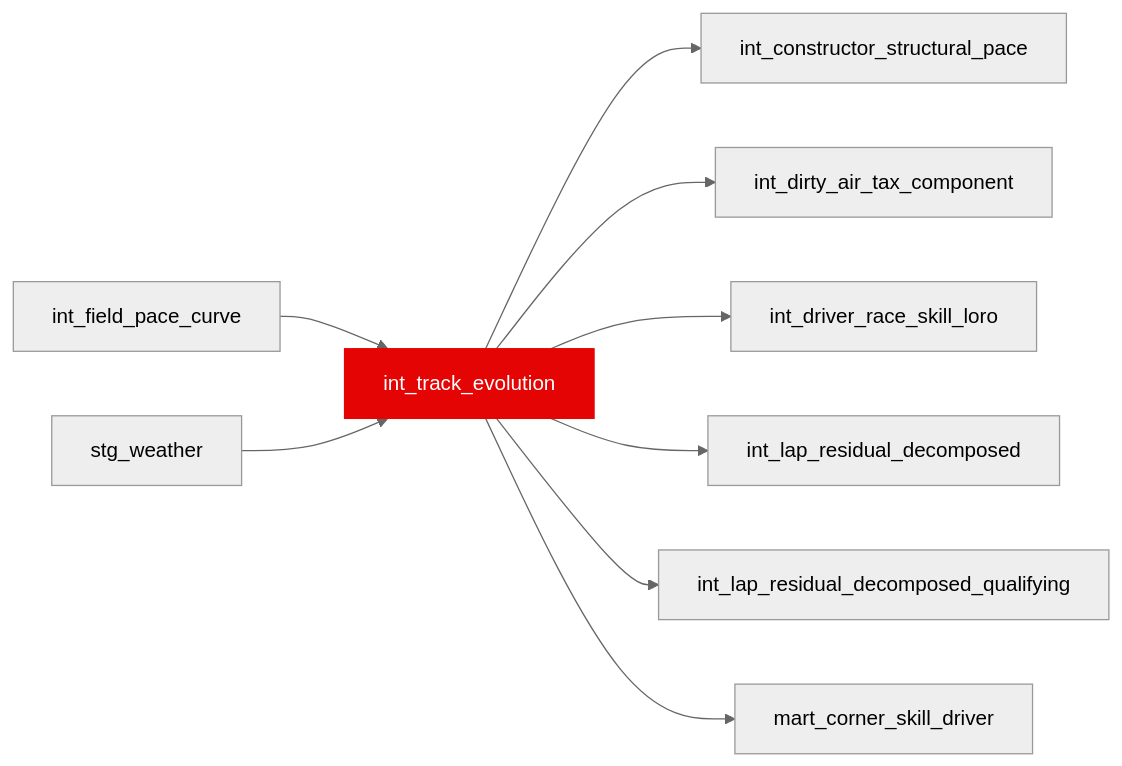
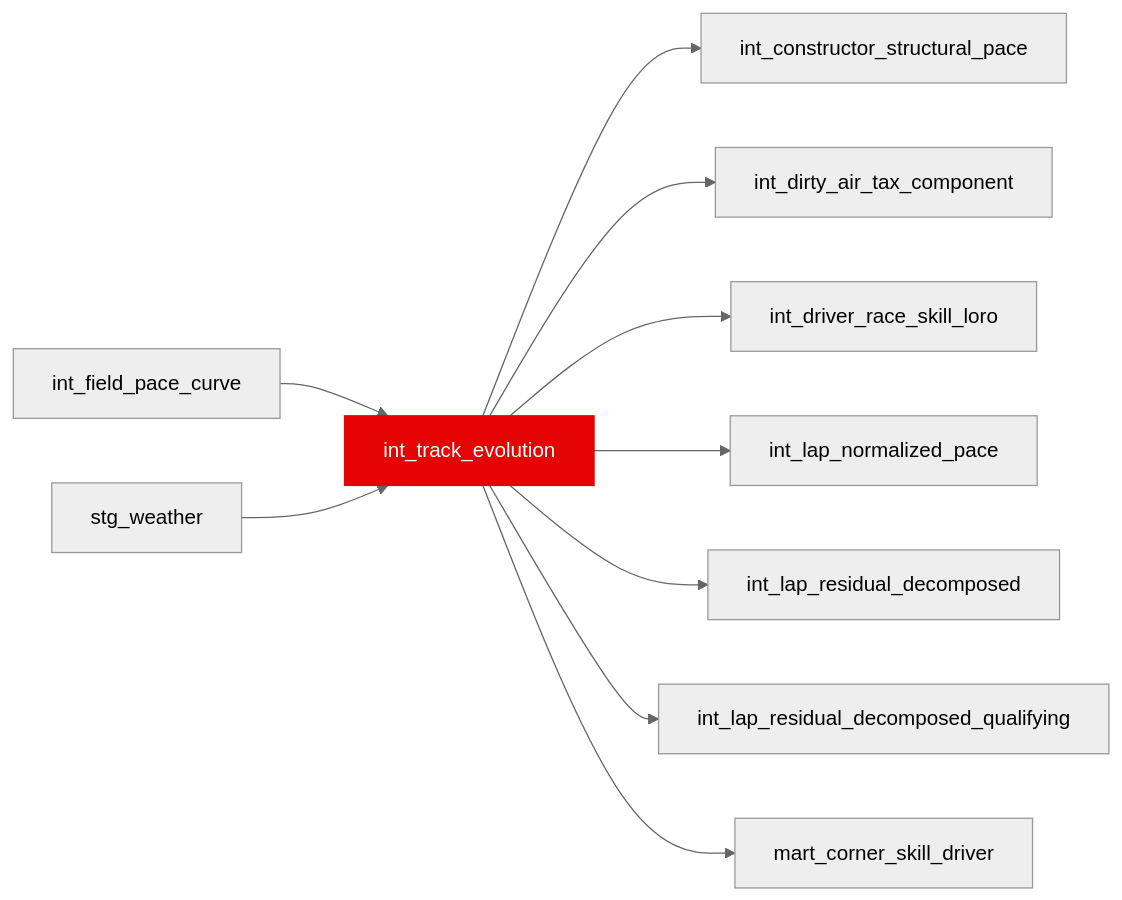
One commit to JustinClarke/off-the-pace changed the diagram in docs/reference/models/int/int_track_evolution.mdx. Above: the diagram before and after it, drawn with Mermaid (neutral theme). The commit also changed 31 other files, not shown here.

Commit message:
new SQL model, ,  calculates the normalized lap pace by removing the effects of dirty air

````diff
--- a/docs/reference/models/int/int_track_evolution.mdx
+++ b/docs/reference/models/int/int_track_evolution.mdx
@@ -15,12 +15,13 @@
 ```mermaid
 flowchart LR
   int_field_pace_curve --> int_track_evolution
   stg_weather --> int_track_evolution
   int_track_evolution --> int_constructor_structural_pace
   int_track_evolution --> int_dirty_air_tax_component
   int_track_evolution --> int_driver_race_skill_loro
+  int_track_evolution --> int_lap_normalized_pace
   int_track_evolution --> int_lap_residual_decomposed
   int_track_evolution --> int_lap_residual_decomposed_qualifying
   int_track_evolution --> mart_corner_skill_driver
   style int_track_evolution fill:#e40404,stroke:#e40404,color:#fff
 ```
````
